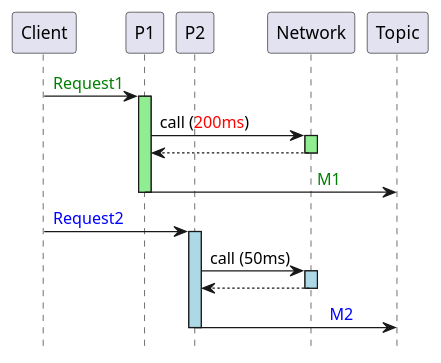
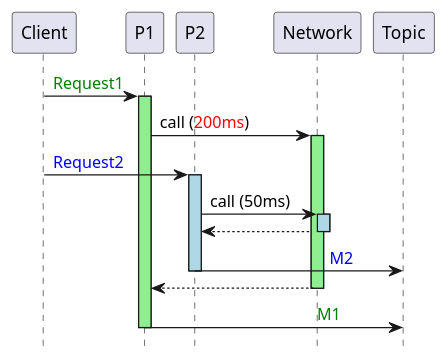
One commit to victorrentea/kafka changed the diagram in patterns/devoxx/1_producer_race.puml. Above: the diagram before and after it, drawn with PlantUML. The commit also changed other lines of this file and 4 other files, not shown here.

```diff
--- a/patterns/devoxx/1_producer_race.puml
+++ b/patterns/devoxx/1_producer_race.puml
@@ -1,25 +1,25 @@
 @startuml
 'title Producer Race
 hide footbox
 participant Client
 participant P1
 participant P2
 
 
 Client->P1: <font color=green>Request1
 activate P1 #lightgreen
 P1->Network: call (<font color=red>200ms</font>)
 activate Network #lightgreen
 '<- place here
-P1<--Network--
-P1->Topic: <font color=green>                                       M1
-P1--
 Client->P2: <font color=blue>Request2
 activate P2 #lightblue
 P2->Network:call (50ms)
 activate Network #lightblue
 P2<--Network--
 P2->Topic: <font color=blue>                              M2
 P2--
+P1<--Network--
+P1->Topic: <font color=green>                                       M1
+P1--
 '---------- move this up🔼
 @enduml
```
